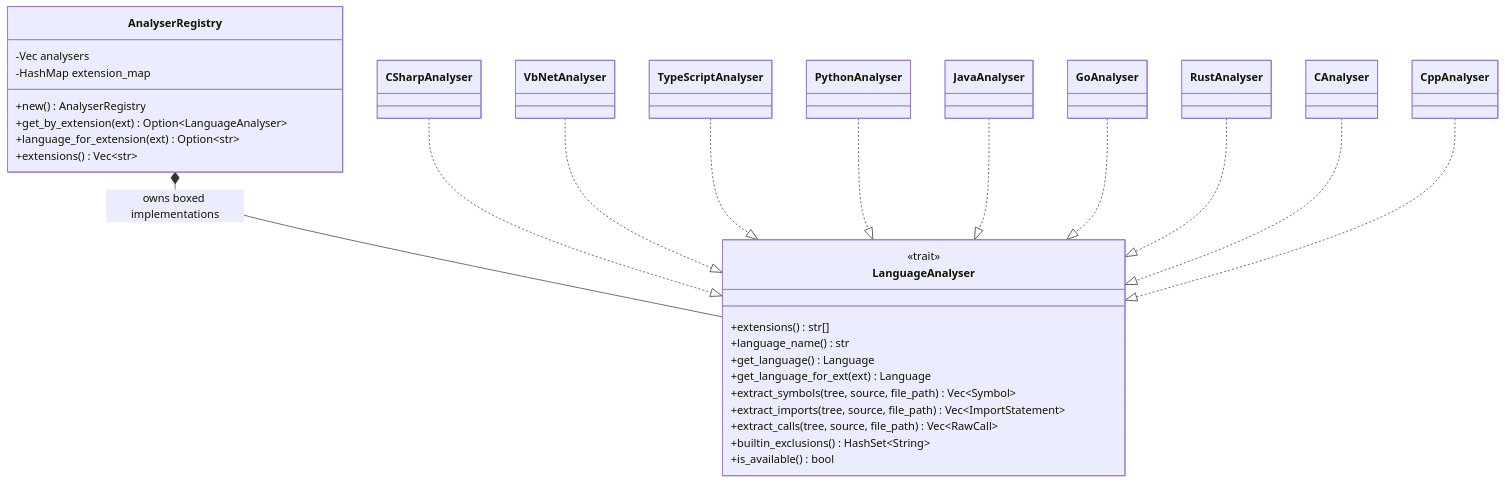
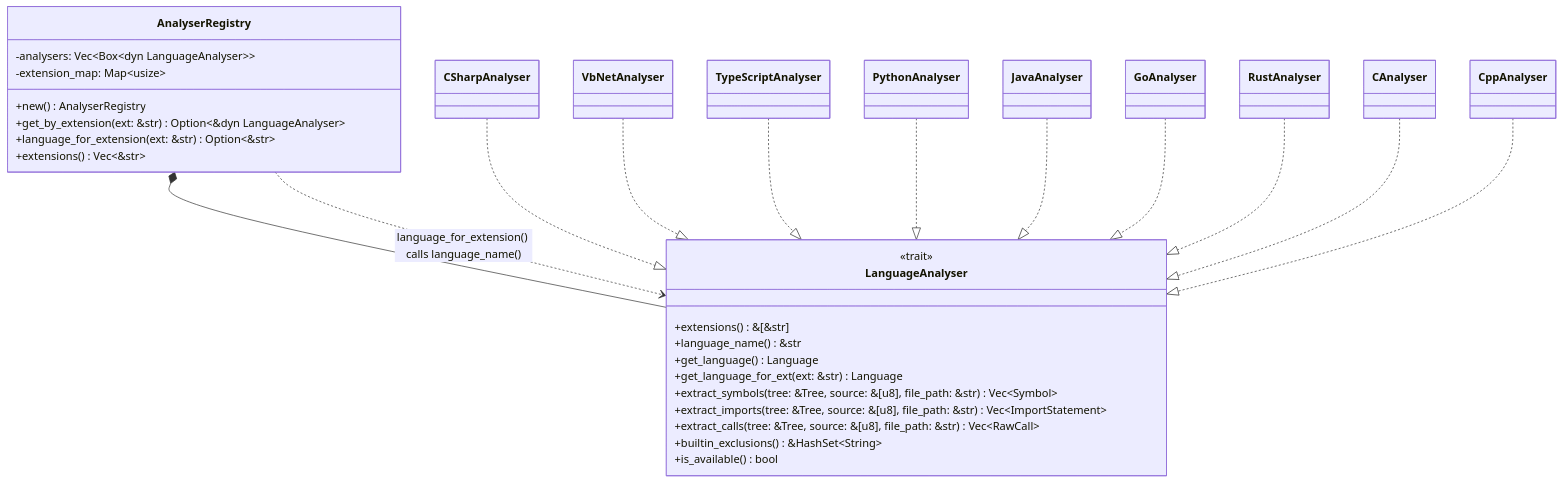
One commit to ScottRBK/mycelium changed the third of 3 diagrams in AGENTS.md. Above: the diagram before and after it, drawn with Mermaid. The commit also changed other lines of this file and 52 other files, not shown here.

First line of the commit message:
feat: add deterministic Mermaid export with test filtering

````diff
--- a/AGENTS.md
+++ b/AGENTS.md
@@ -143,47 +245,48 @@
 ```mermaid
 classDiagram
     direction TB
 
     class AnalyserRegistry {
-        -Vec analysers
-        -HashMap extension_map
+        -analysers: Vec~Box~dyn LanguageAnalyser~~
+        -extension_map: Map~usize~
         +new() AnalyserRegistry
-        +get_by_extension(ext) Option~LanguageAnalyser~
-        +language_for_extension(ext) Option~str~
-        +extensions() Vec~str~
+        +get_by_extension(ext: &str) Option~&dyn LanguageAnalyser~
+        +language_for_extension(ext: &str) Option~&str~
+        +extensions() Vec~&str~
     }
 
     class LanguageAnalyser {
         <<trait>>
-        +extensions() str[]
-        +language_name() str
+        +extensions() &[&str]
+        +language_name() &str
         +get_language() Language
-        +get_language_for_ext(ext) Language
-        +extract_symbols(tree, source, file_path) Vec~Symbol~
-        +extract_imports(tree, source, file_path) Vec~ImportStatement~
-        +extract_calls(tree, source, file_path) Vec~RawCall~
-        +builtin_exclusions() HashSet~String~
+        +get_language_for_ext(ext: &str) Language
+        +extract_symbols(tree: &Tree, source: &[u8], file_path: &str) Vec~Symbol~
+        +extract_imports(tree: &Tree, source: &[u8], file_path: &str) Vec~ImportStatement~
+        +extract_calls(tree: &Tree, source: &[u8], file_path: &str) Vec~RawCall~
+        +builtin_exclusions() &HashSet~String~
         +is_available() bool
     }
 
     class CSharpAnalyser
     class VbNetAnalyser
     class TypeScriptAnalyser
     class PythonAnalyser
     class JavaAnalyser
     class GoAnalyser
     class RustAnalyser
     class CAnalyser
     class CppAnalyser
 
-    AnalyserRegistry *-- LanguageAnalyser : owns boxed implementations
+    AnalyserRegistry *-- LanguageAnalyser
+    AnalyserRegistry ..> LanguageAnalyser : language_for_extension() calls language_name()
     CSharpAnalyser ..|> LanguageAnalyser
     VbNetAnalyser ..|> LanguageAnalyser
     TypeScriptAnalyser ..|> LanguageAnalyser
     PythonAnalyser ..|> LanguageAnalyser
     JavaAnalyser ..|> LanguageAnalyser
     GoAnalyser ..|> LanguageAnalyser
     RustAnalyser ..|> LanguageAnalyser
     CAnalyser ..|> LanguageAnalyser
     CppAnalyser ..|> LanguageAnalyser
 ```
````
